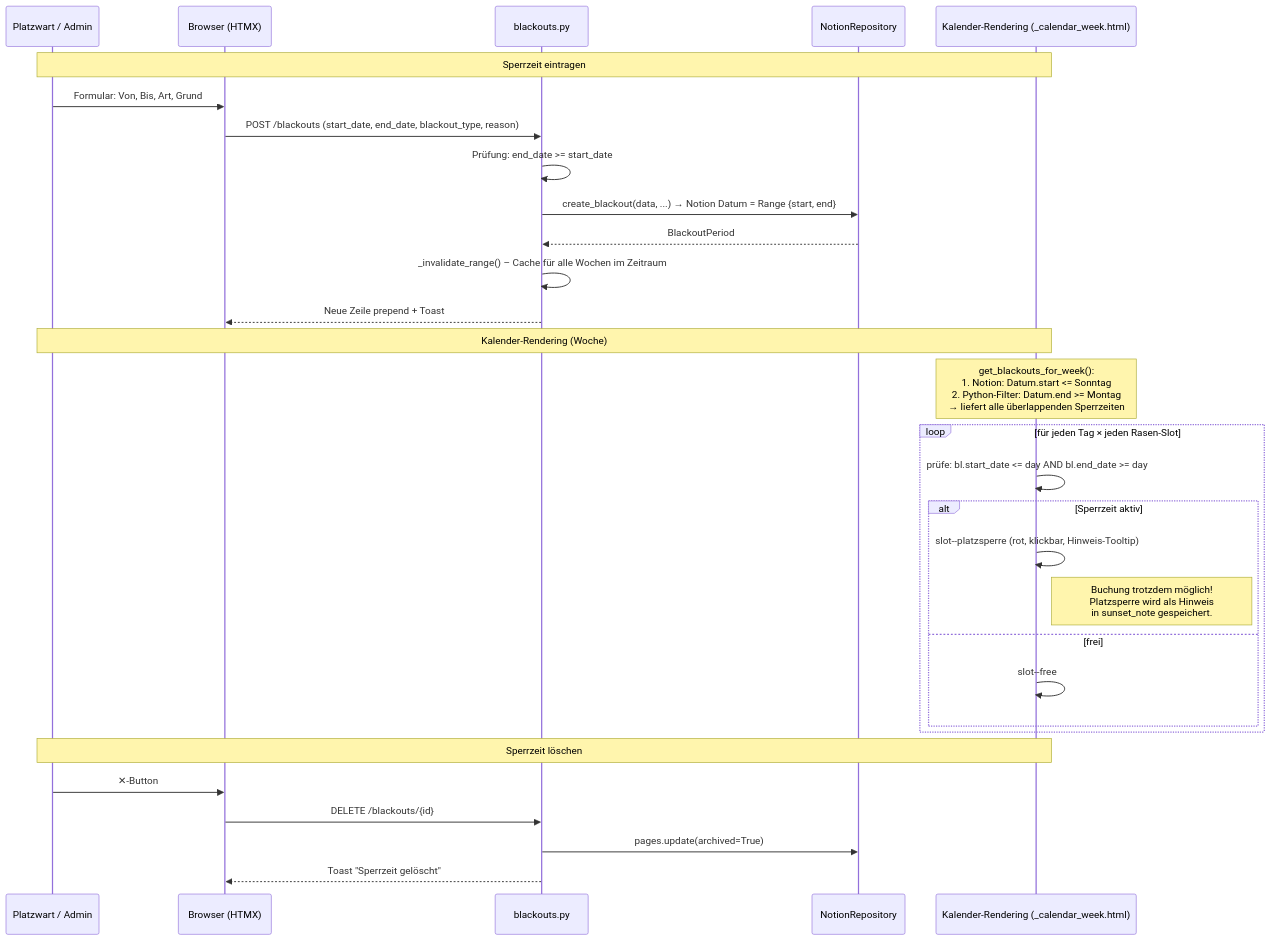
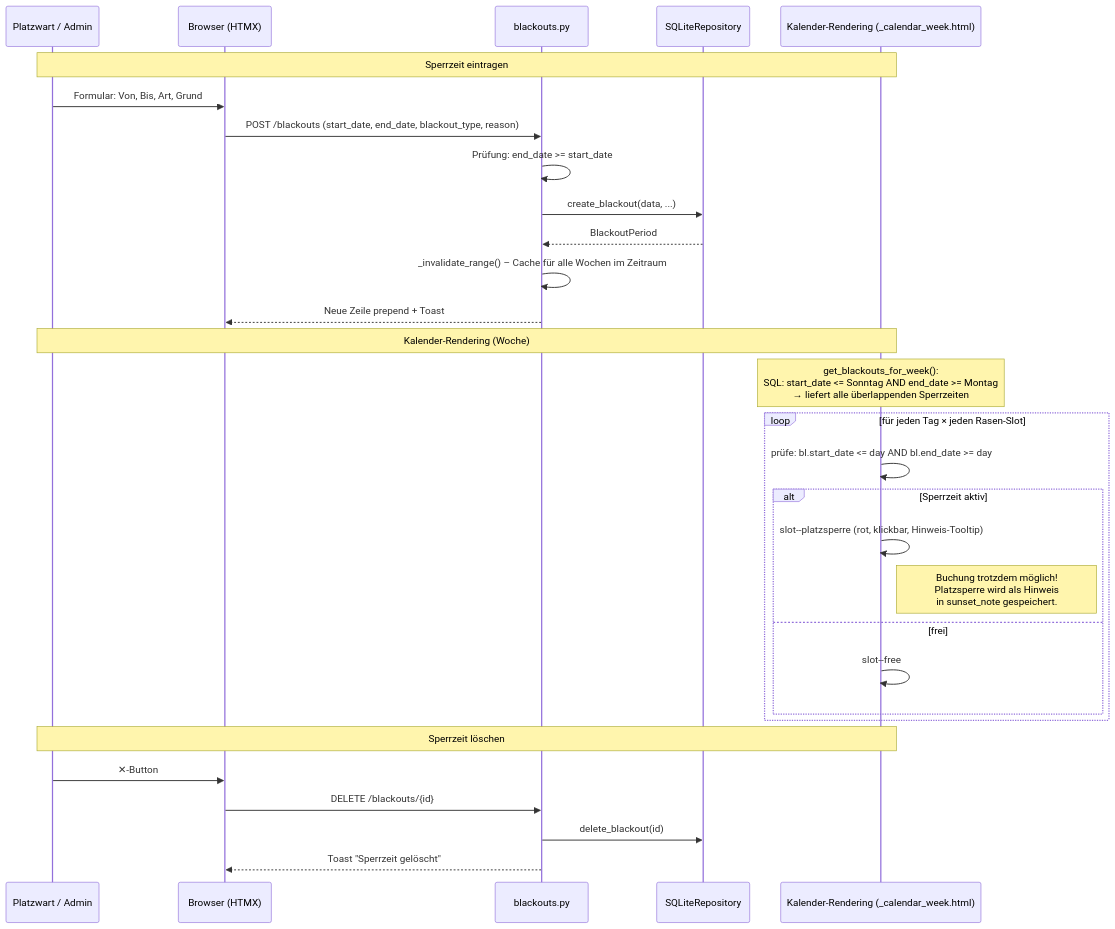
One commit to MerowingerX/Sportplatz-Buchung changed diagram 11 of 12 in docs/ARCHITEKTUR.md. Above: the diagram before and after it, drawn with Mermaid. The commit also changed other lines of this file and 12 other files, not shown here.

````diff
--- a/docs/ARCHITEKTUR.md
+++ b/docs/ARCHITEKTUR.md
@@ -619,39 +614,39 @@
 ```mermaid
 sequenceDiagram
     participant PW as Platzwart / Admin
     participant B as Browser (HTMX)
     participant BL as blackouts.py
-    participant NR as NotionRepository
+    participant REPO as SQLiteRepository
     participant CAL as Kalender-Rendering (_calendar_week.html)
 
     Note over PW,CAL: Sperrzeit eintragen
 
     PW->>B: Formular: Von, Bis, Art, Grund
     B->>BL: POST /blackouts (start_date, end_date, blackout_type, reason)
     BL->>BL: Prüfung: end_date >= start_date
-    BL->>NR: create_blackout(data, ...) → Notion Datum = Range {start, end}
-    NR-->>BL: BlackoutPeriod
+    BL->>REPO: create_blackout(data, ...)
+    REPO-->>BL: BlackoutPeriod
     BL->>BL: _invalidate_range() – Cache für alle Wochen im Zeitraum
     BL-->>B: Neue Zeile prepend + Toast
 
     Note over PW,CAL: Kalender-Rendering (Woche)
 
-    Note over CAL: get_blackouts_for_week():<br/>1. Notion: Datum.start <= Sonntag<br/>2. Python-Filter: Datum.end >= Montag<br/>→ liefert alle überlappenden Sperrzeiten
+    Note over CAL: get_blackouts_for_week():<br/>SQL: start_date <= Sonntag AND end_date >= Montag<br/>→ liefert alle überlappenden Sperrzeiten
 
     loop für jeden Tag × jeden Rasen-Slot
         CAL->>CAL: prüfe: bl.start_date <= day AND bl.end_date >= day
         alt Sperrzeit aktiv
             CAL->>CAL: slot--platzsperre (rot, klickbar, Hinweis-Tooltip)
             Note right of CAL: Buchung trotzdem möglich!<br/>Platzsperre wird als Hinweis<br/>in sunset_note gespeichert.
         else frei
             CAL->>CAL: slot--free
         end
     end
 
     Note over PW,CAL: Sperrzeit löschen
 
     PW->>B: ✕-Button
     B->>BL: DELETE /blackouts/{id}
-    BL->>NR: pages.update(archived=True)
+    BL->>REPO: delete_blackout(id)
     BL-->>B: Toast "Sperrzeit gelöscht"
 ```
````
